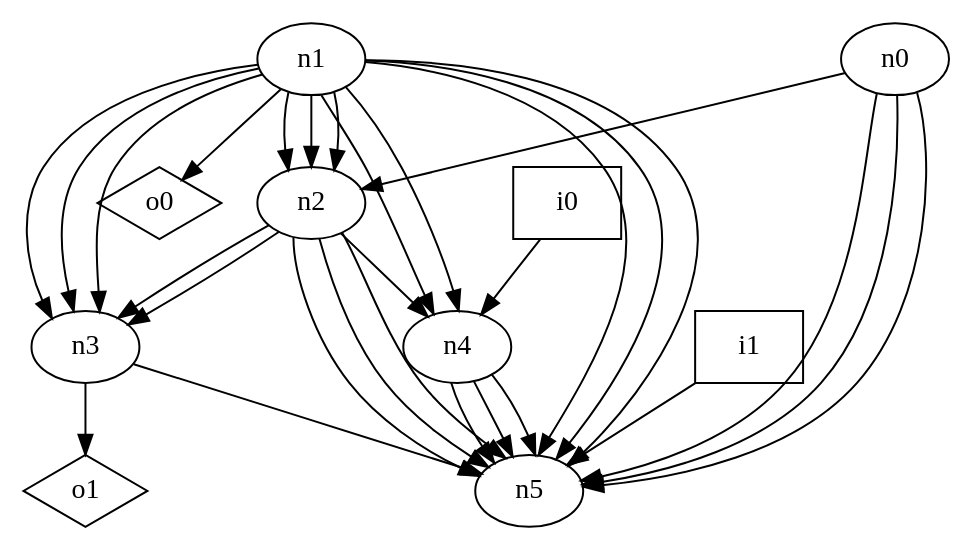
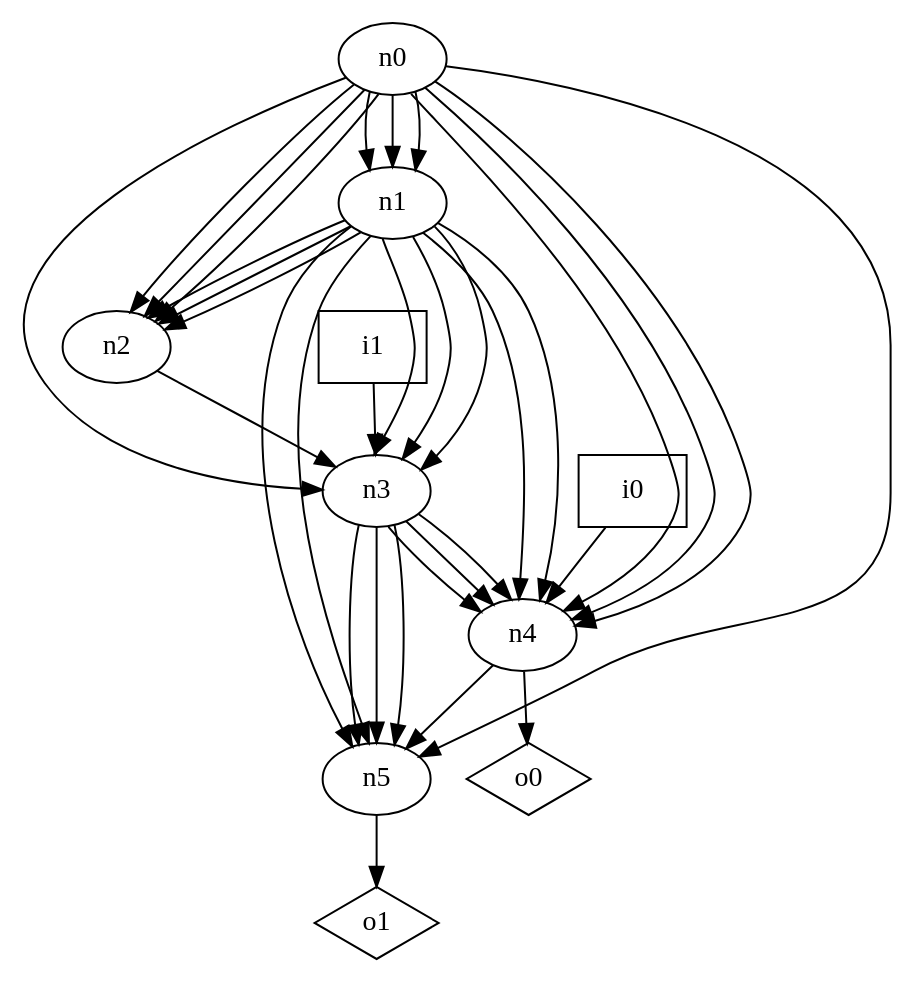
Before and after one commit to p9romain/bool-circuits: the diagram in dot_files/random/random_DAG_loop_free_graph.dot, drawn with Graphviz. The commit also changed 25 other files, not shown here.

Commit message:
Finish (except random graph)

```diff
--- a/dot_files/random/random_DAG_loop_free_graph.dot
+++ b/dot_files/random/random_DAG_loop_free_graph.dot
@@ -1,41 +1,45 @@
 digraph G {
 n0 [label="n0"];
 n1 [label="n1"];
 n2 [label="n2"];
 n3 [label="n3"];
 n4 [label="n4"];
 n5 [label="n5"];
 n6 [label="i0",shape="box"];
 n7 [label="i1",shape="box"];
 n8 [label="o0",shape="diamond"];
 n9 [label="o1",shape="diamond"];
+n0 -> n1
+n0 -> n1
+n0 -> n1
 n0 -> n2
-n0 -> n5
-n0 -> n5
+n0 -> n2
+n0 -> n2
+n0 -> n3
+n0 -> n4
+n0 -> n4
+n0 -> n4
 n0 -> n5
 n1 -> n2
 n1 -> n2
 n1 -> n2
 n1 -> n3
 n1 -> n3
 n1 -> n3
 n1 -> n4
 n1 -> n4
 n1 -> n5
 n1 -> n5
-n1 -> n5
-n1 -> n8
 n2 -> n3
-n2 -> n3
-n2 -> n4
-n2 -> n5
-n2 -> n5
-n2 -> n5
+n3 -> n4
+n3 -> n4
+n3 -> n4
 n3 -> n5
-n3 -> n9
+n3 -> n5
+n3 -> n5
 n4 -> n5
-n4 -> n5
-n4 -> n5
+n4 -> n8
+n5 -> n9
 n6 -> n4
-n7 -> n5
+n7 -> n3
 }
```
